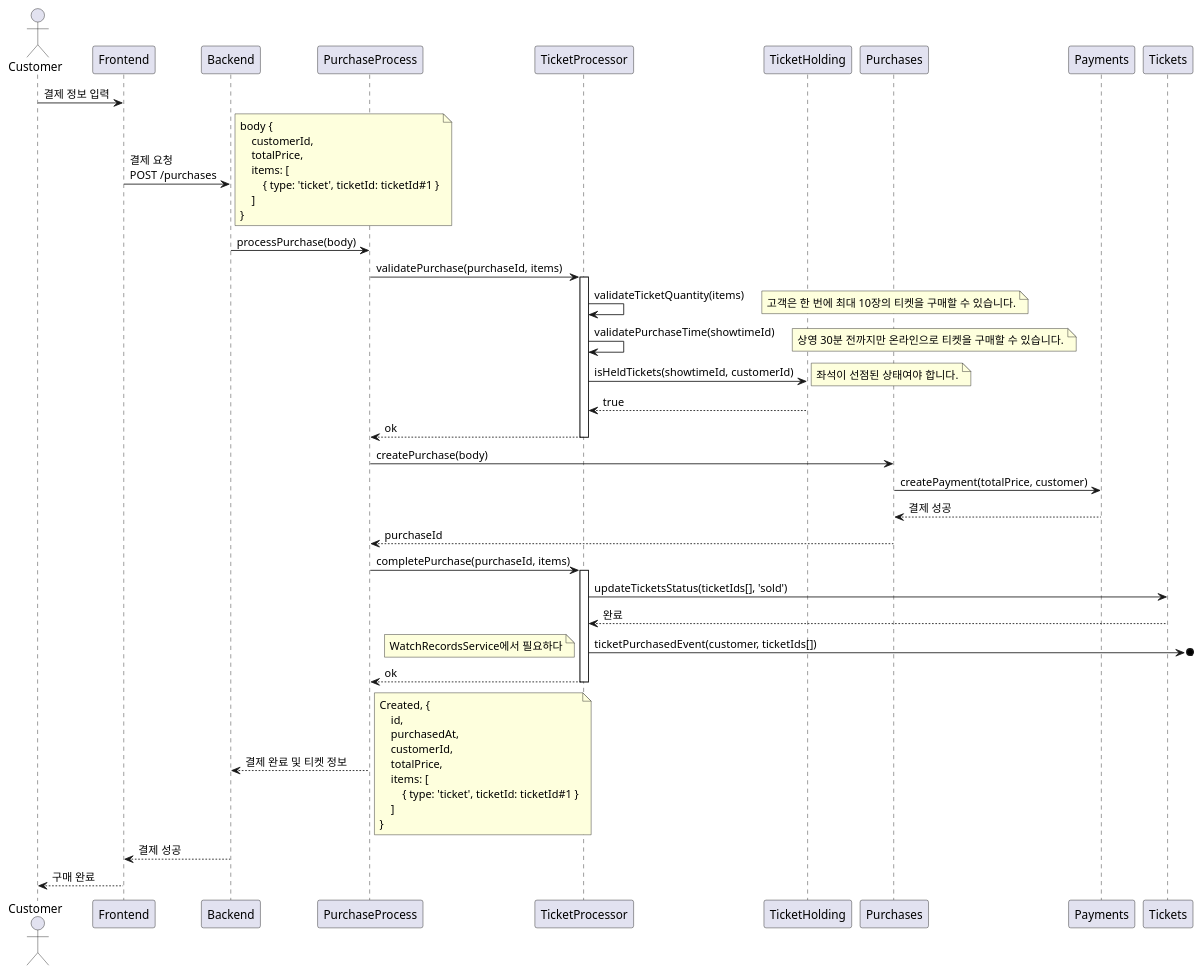
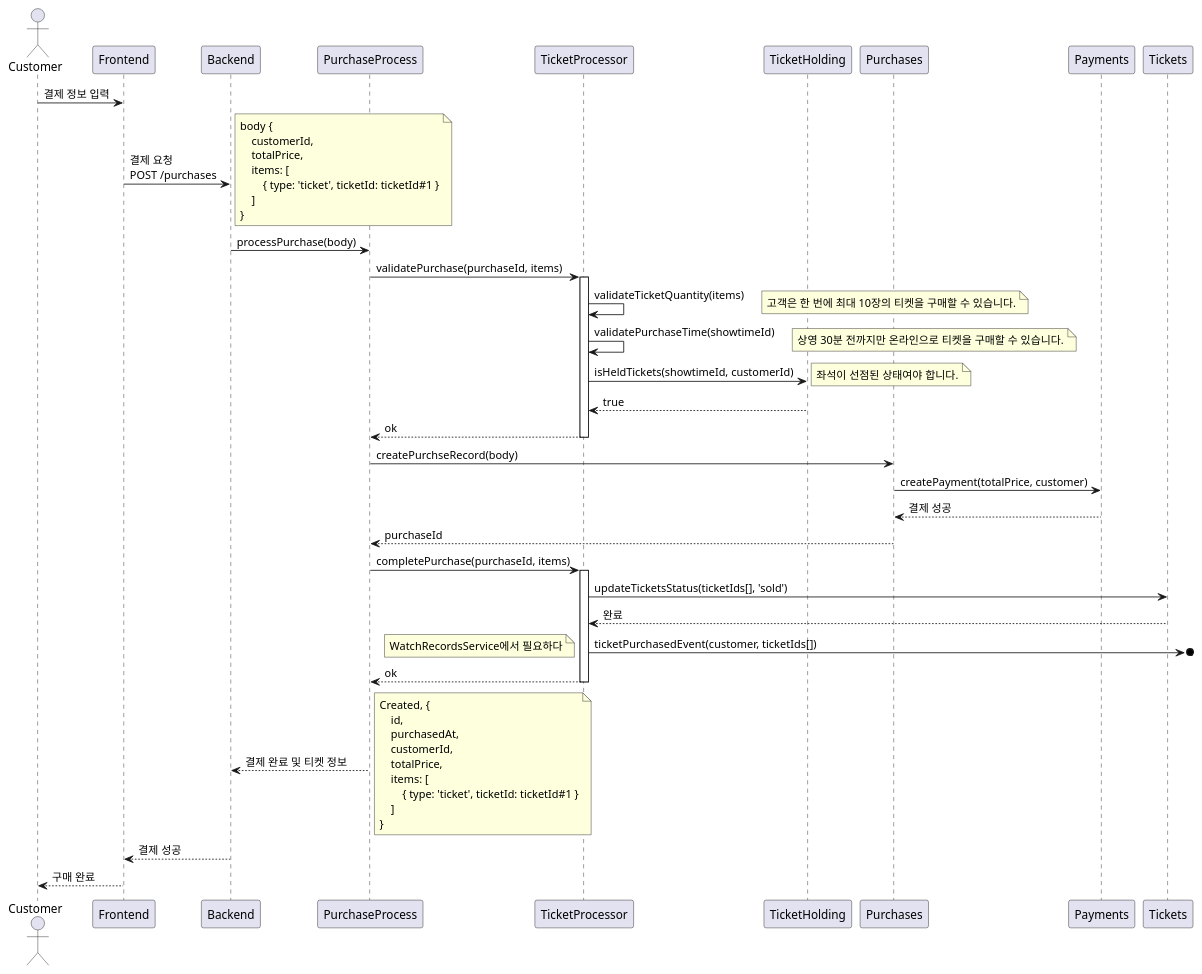
Before and after one commit to mannercode/nest-seed: the fourth of 4 diagrams in docs/en/designs/tickets-purchase.md, drawn with PlantUML. The commit also changed other lines of this file and 47 other files, not shown here.

Commit message:
PurchasesService -> PurchaseRecordsService

````diff
--- a/docs/en/designs/tickets-purchase.md
+++ b/docs/en/designs/tickets-purchase.md
@@ -257,58 +257,58 @@
 ```plantuml
 @startuml
 actor Customer
 
 Customer -> Frontend: 결제 정보 입력
     Frontend -> Backend: 결제 요청\nPOST /purchases
     note right
         body {
             customerId,
             totalPrice,
             items: [
                 { type: 'ticket', ticketId: ticketId#1 }
             ]
         }
     end note
         Backend -> PurchaseProcess: processPurchase(body)
             PurchaseProcess -> TicketProcessor: validatePurchase(purchaseId, items)
             activate TicketProcessor
                 TicketProcessor -> TicketProcessor: validateTicketQuantity(items)
                 note right: 고객은 한 번에 최대 10장의 티켓을 구매할 수 있습니다.
                 TicketProcessor -> TicketProcessor: validatePurchaseTime(showtimeId)
                 note right: 상영 30분 전까지만 온라인으로 티켓을 구매할 수 있습니다.
                 TicketProcessor -> TicketHolding: isHeldTickets(showtimeId, customerId)
                 note right: 좌석이 선점된 상태여야 합니다.
                 TicketProcessor <-- TicketHolding: true
                 return ok
             deactivate TicketProcessor
 
-            PurchaseProcess -> Purchases: createPurchase(body)
+            PurchaseProcess -> Purchases: createPurchseRecord(body)
             Purchases -> Payments: createPayment(totalPrice, customer)
             Purchases <-- Payments: 결제 성공
             PurchaseProcess <-- Purchases: purchaseId
 
             PurchaseProcess -> TicketProcessor: completePurchase(purchaseId, items)
             activate TicketProcessor
                 TicketProcessor -> Tickets: updateTicketsStatus(ticketIds[], 'sold')
                 TicketProcessor <-- Tickets: 완료
                 TicketProcessor ->o]: ticketPurchasedEvent(customer, ticketIds[])
                 note left: WatchRecordsService에서 필요하다
                 return ok
             deactivate TicketProcessor
 
         Backend <-- PurchaseProcess: 결제 완료 및 티켓 정보
         note right
             Created, {
                 id,
                 purchasedAt,
                 customerId,
                 totalPrice,
                 items: [
                     { type: 'ticket', ticketId: ticketId#1 }
                 ]
             }
         end note
     Frontend <-- Backend: 결제 성공
 Customer <-- Frontend: 구매 완료
 @enduml
 ```
````
